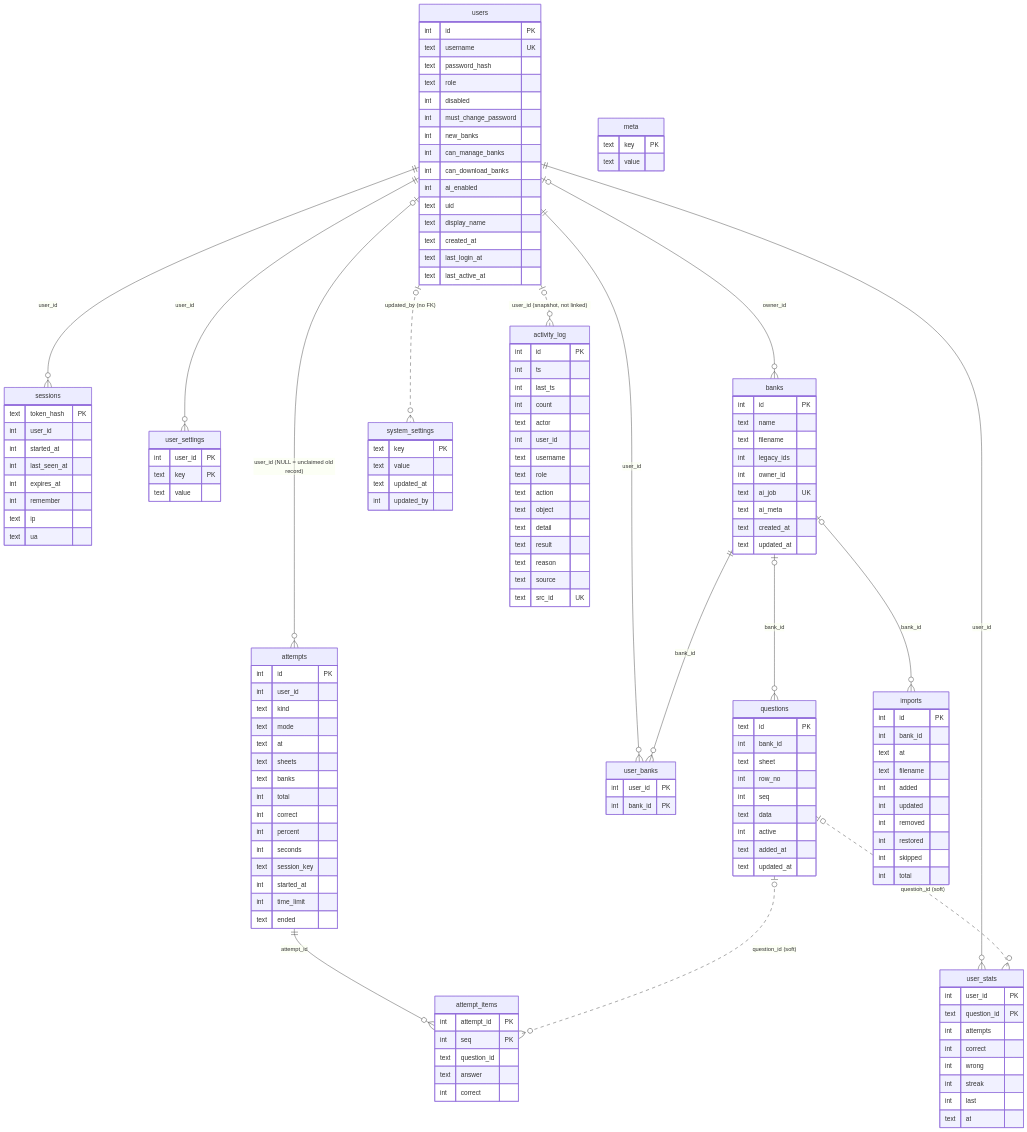
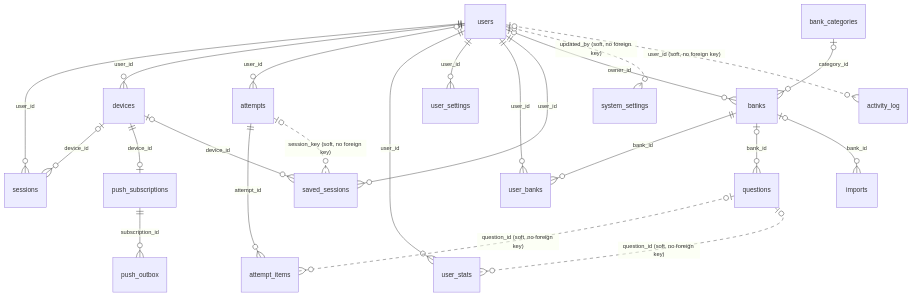
The ninth of 10 diagrams in docs/en/database.md (Yumin-Space/xexam), drawn with Mermaid before and after one commit. The commit also changed other lines of this file and 346 other files, not shown here.

````diff
--- a/docs/en/database.md
+++ b/docs/en/database.md
@@ -814,149 +1330,25 @@
 ```mermaid
 erDiagram
   users ||--o{ sessions : "user_id"
-  users |o--o{ attempts : "user_id (NULL = unclaimed old record)"
+  users ||--o{ devices : "user_id"
+  devices |o--o{ sessions : "device_id"
+  devices ||--o| push_subscriptions : "device_id"
+  push_subscriptions ||--o{ push_outbox : "subscription_id"
+  users |o--o{ attempts : "user_id"
   users ||--o{ user_stats : "user_id"
   users ||--o{ user_settings : "user_id"
   users ||--o{ user_banks : "user_id"
+  users ||--o{ saved_sessions : "user_id"
+  devices |o--o{ saved_sessions : "device_id"
   users |o--o{ banks : "owner_id"
-  users |o..o{ system_settings : "updated_by (no FK)"
-  users |o..o{ activity_log : "user_id (snapshot, not linked)"
+  bank_categories |o--o{ banks : "category_id"
   banks ||--o{ user_banks : "bank_id"
   banks |o--o{ questions : "bank_id"
   banks |o--o{ imports : "bank_id"
   attempts ||--o{ attempt_items : "attempt_id"
-  questions |o..o{ attempt_items : "question_id (soft)"
-  questions |o..o{ user_stats : "question_id (soft)"
-
-  users {
-    int id PK
-    text username UK
-    text password_hash
-    text role
-    int disabled
-    int must_change_password
-    int new_banks
-    int can_manage_banks
-    int can_download_banks
-    int ai_enabled
-    text uid
-    text display_name
-    text created_at
-    text last_login_at
-    text last_active_at
-  }
-  sessions {
-    text token_hash PK
-    int user_id
-    int started_at
-    int last_seen_at
-    int expires_at
-    int remember
-    text ip
-    text ua
-  }
-  banks {
-    int id PK
-    text name
-    text filename
-    int legacy_ids
-    int owner_id
-    text ai_job UK
-    text ai_meta
-    text created_at
-    text updated_at
-  }
-  questions {
-    text id PK
-    int bank_id
-    text sheet
-    int row_no
-    int seq
-    text data
-    int active
-    text added_at
-    text updated_at
-  }
-  imports {
-    int id PK
-    int bank_id
-    text at
-    text filename
-    int added
-    int updated
-    int removed
-    int restored
-    int skipped
-    int total
-  }
-  attempts {
-    int id PK
-    int user_id
-    text kind
-    text mode
-    text at
-    text sheets
-    text banks
-    int total
-    int correct
-    int percent
-    int seconds
-    text session_key
-    int started_at
-    int time_limit
-    text ended
-  }
-  attempt_items {
-    int attempt_id PK
-    int seq PK
-    text question_id
-    text answer
-    int correct
-  }
-  user_stats {
-    int user_id PK
-    text question_id PK
-    int attempts
-    int correct
-    int wrong
-    int streak
-    int last
-    text at
-  }
-  user_settings {
-    int user_id PK
-    text key PK
-    text value
-  }
-  user_banks {
-    int user_id PK
-    int bank_id PK
-  }
-  system_settings {
-    text key PK
-    text value
-    text updated_at
-    int updated_by
-  }
-  activity_log {
-    int id PK
-    int ts
-    int last_ts
-    int count
-    text actor
-    int user_id
-    text username
-    text role
-    text action
-    text object
-    text detail
-    text result
-    text reason
-    text source
-    text src_id UK
-  }
-  meta {
-    text key PK
-    text value
-  }
+  attempts |o..o{ saved_sessions : "session_key (soft, no foreign key)"
+  questions |o..o{ attempt_items : "question_id (soft, no foreign key)"
+  questions |o..o{ user_stats : "question_id (soft, no foreign key)"
+  users |o..o{ system_settings : "updated_by (soft, no foreign key)"
+  users |o..o{ activity_log : "user_id (soft, no foreign key)"
 ```
````
